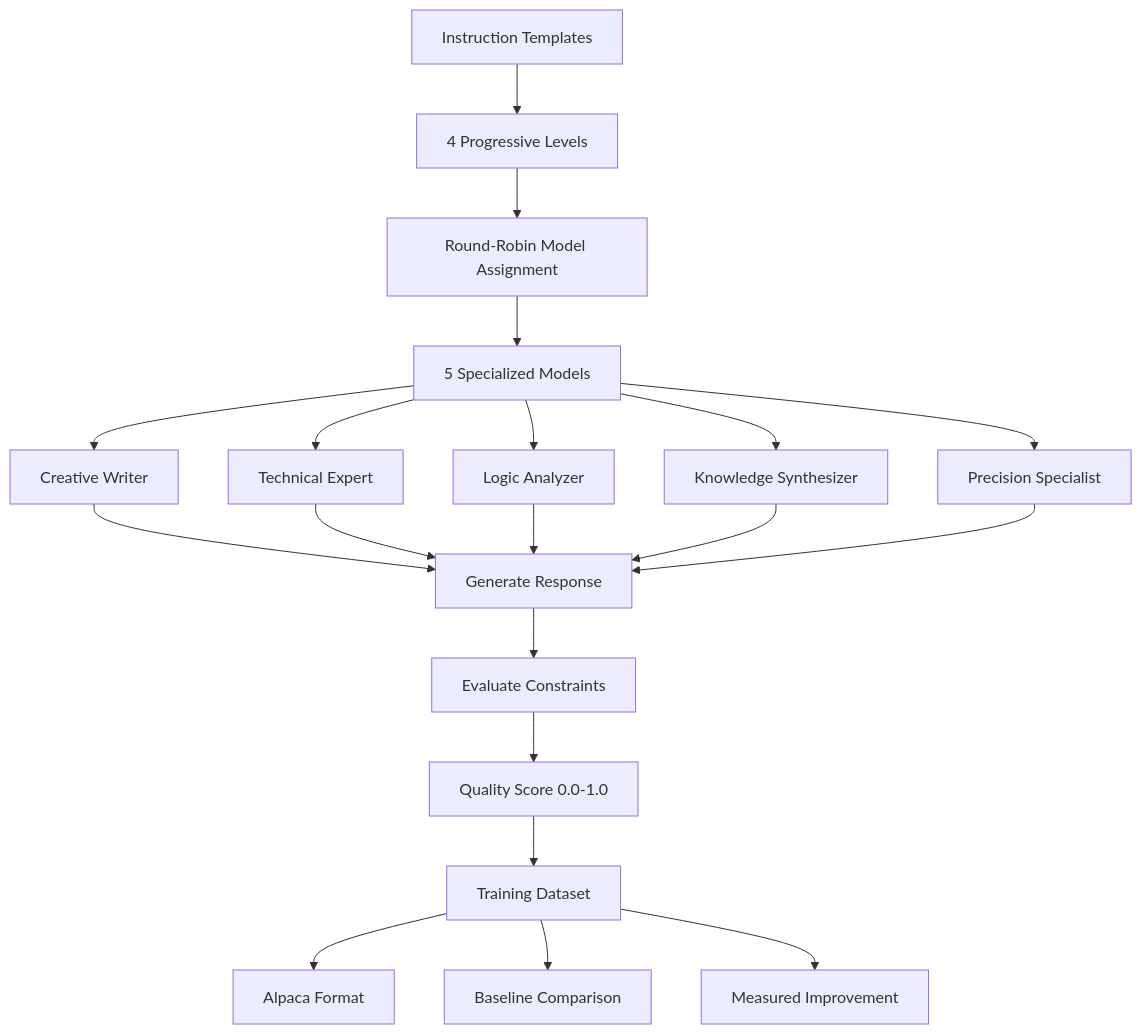
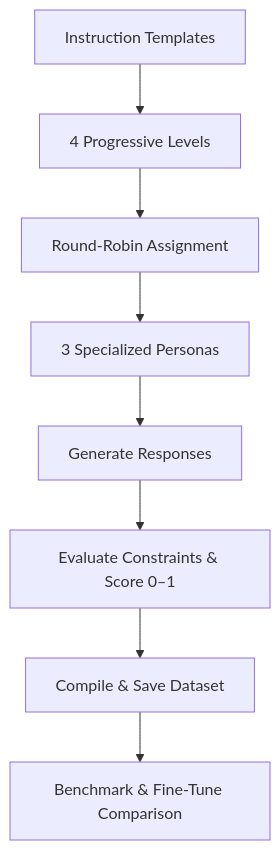
Before and after one commit to rjarun8235/precision_tuner: the diagram in README.md, drawn with Mermaid. The commit also changed other lines of this file, not shown here.

````diff
--- a/README.md
+++ b/README.md
@@ -83,26 +89,10 @@
 ```mermaid
-graph TD
+flowchart TD
     A[Instruction Templates] --> B[4 Progressive Levels]
-    B --> C[Round-Robin Model Assignment]
-    C --> D[5 Specialized Models]
-    
-    D --> E1[Creative Writer]
-    D --> E2[Technical Expert] 
-    D --> E3[Logic Analyzer]
-    D --> E4[Knowledge Synthesizer]
-    D --> E5[Precision Specialist]
-    
-    E1 --> F[Generate Response]
-    E2 --> F
-    E3 --> F
-    E4 --> F
-    E5 --> F
-    
-    F --> G[Evaluate Constraints]
-    G --> H[Quality Score 0.0-1.0]
-    H --> I[Training Dataset]
-    
-    I --> J[Alpaca Format]
-    I --> K[Baseline Comparison]
-    I --> L[Measured Improvement]
+    B --> C[Round-Robin Assignment]
+    C --> D[3 Specialized Personas]
+    D --> E[Generate Responses]
+    E --> F[Evaluate Constraints & Score 0–1]
+    F --> G[Compile & Save Dataset]
+    G --> H[Benchmark & Fine-Tune Comparison]
 ```
````
